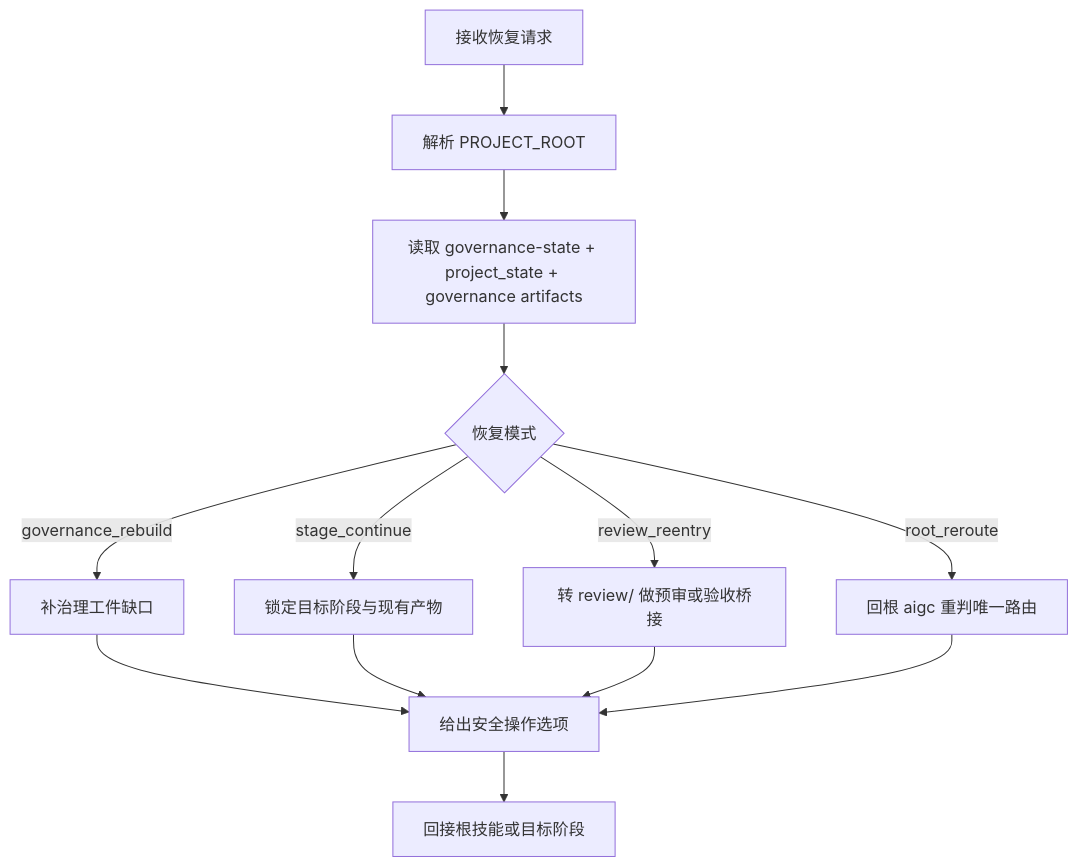
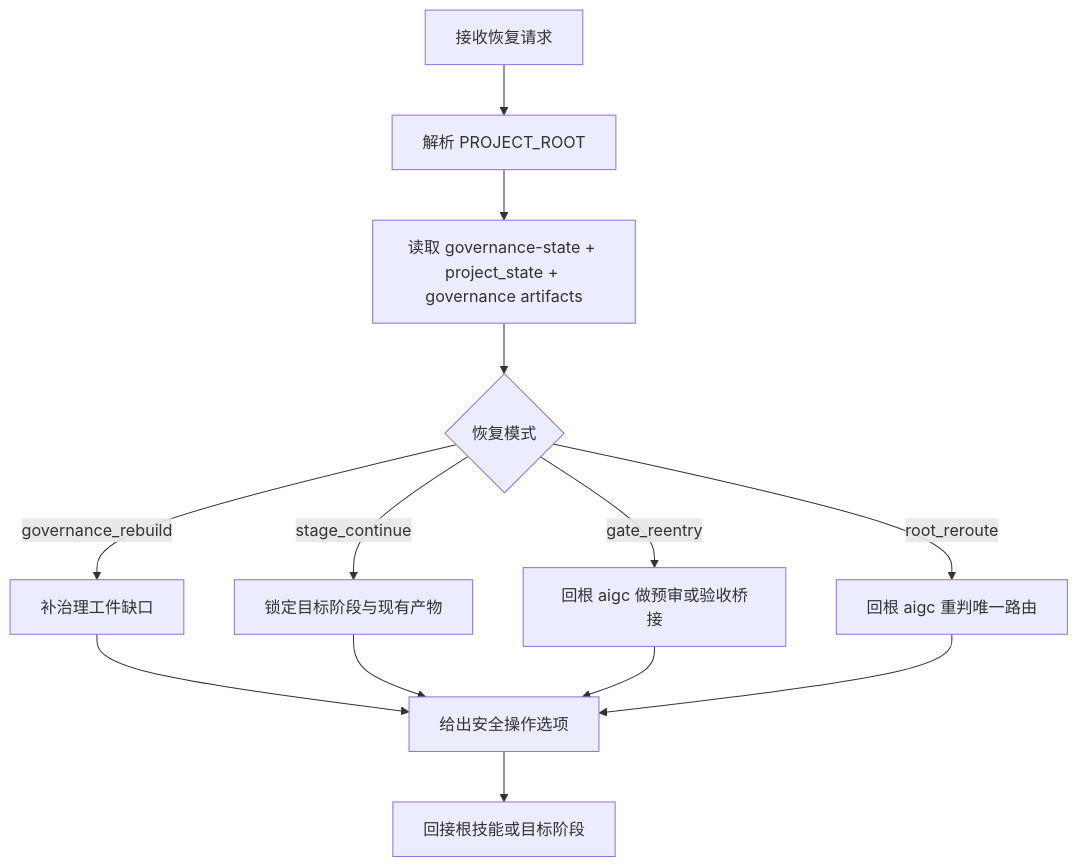
The diagram in .agents/skills/aigc/resume/SKILL.md (ZEN-VOID/AI-CUT), drawn with Mermaid before and after one commit. The commit also changed other lines of this file and 281 other files, not shown here.

````diff
--- a/.agents/skills/aigc/resume/SKILL.md
+++ b/.agents/skills/aigc/resume/SKILL.md
@@ -47,15 +47,15 @@
 ```mermaid
 flowchart TD
     A["接收恢复请求"] --> B["解析 PROJECT_ROOT"]
     B --> C["读取 governance-state + project_state + governance artifacts"]
     C --> D{"恢复模式"}
     D -->|"governance_rebuild"| E["补治理工件缺口"]
     D -->|"stage_continue"| F["锁定目标阶段与现有产物"]
-    D -->|"review_reentry"| G["转 review/ 做预审或验收桥接"]
+    D -->|"gate_reentry"| G["回根 aigc 做预审或验收桥接"]
     D -->|"root_reroute"| H["回根 aigc 重判唯一路由"]
     E --> I["给出安全操作选项"]
     F --> I
     G --> I
     H --> I
     I --> J["回接根技能或目标阶段"]
 ```
````
